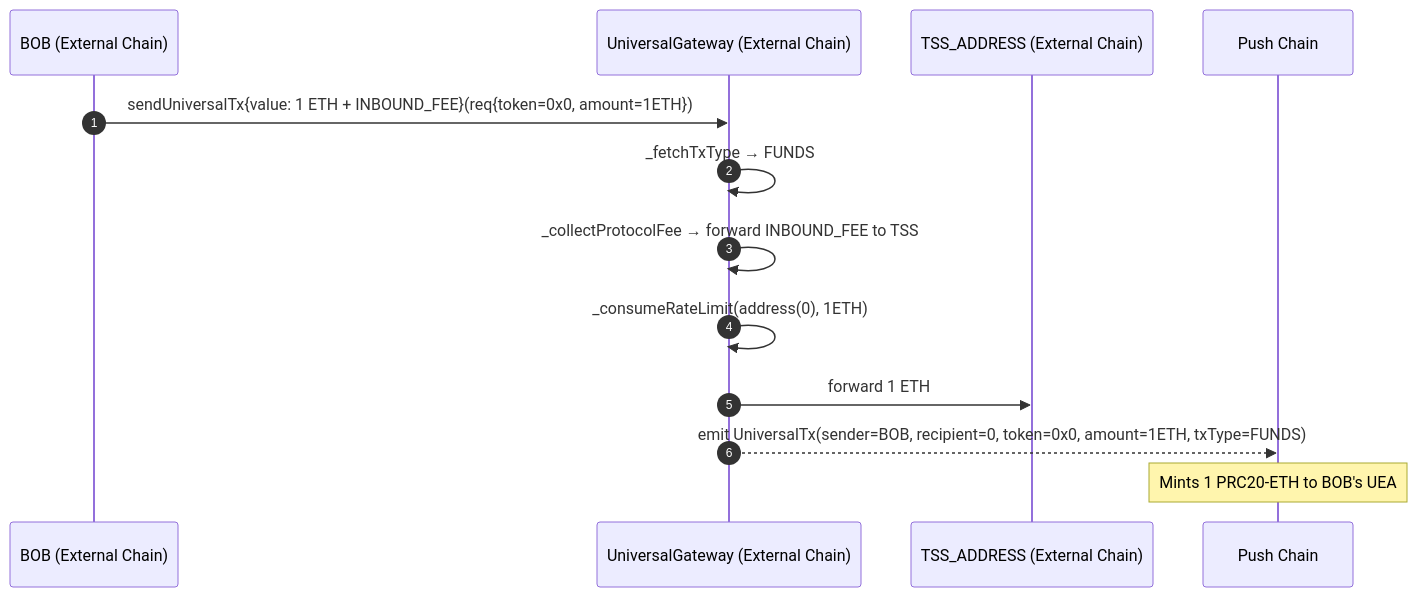
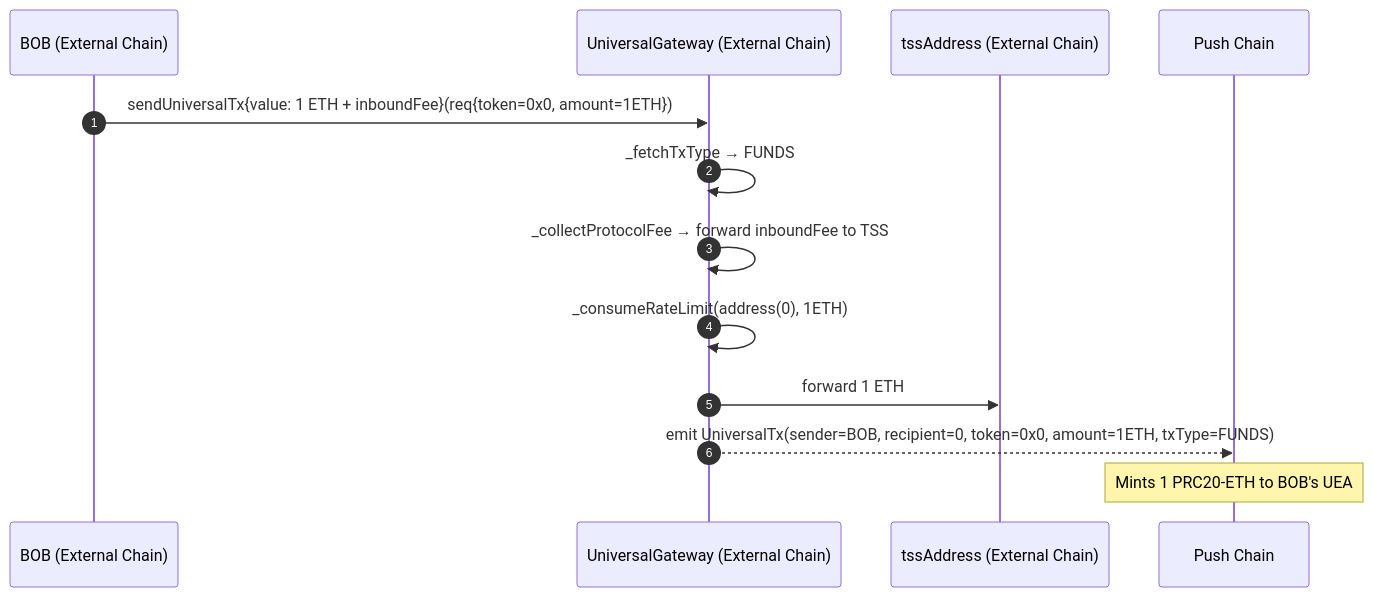
The third of 9 diagrams in contracts/evm-gateway/docs/5_InboundTx_Flows.md (pushchain/push-chain-interop-contracts), drawn with Mermaid before and after one commit. The commit also changed other lines of this file and 31 other files, not shown here.

````diff
--- a/contracts/evm-gateway/docs/5_InboundTx_Flows.md
+++ b/contracts/evm-gateway/docs/5_InboundTx_Flows.md
@@ -284,16 +284,16 @@
 ```mermaid
 sequenceDiagram
     autonumber
     participant BOB as BOB (External Chain)
     participant GW as UniversalGateway (External Chain)
-    participant TSS as TSS_ADDRESS (External Chain)
+    participant TSS as tssAddress (External Chain)
     participant PC as Push Chain
 
-    BOB->>GW: sendUniversalTx{value: 1 ETH + INBOUND_FEE}(req{token=0x0, amount=1ETH})
+    BOB->>GW: sendUniversalTx{value: 1 ETH + inboundFee}(req{token=0x0, amount=1ETH})
     GW->>GW: _fetchTxType → FUNDS
-    GW->>GW: _collectProtocolFee → forward INBOUND_FEE to TSS
+    GW->>GW: _collectProtocolFee → forward inboundFee to TSS
     GW->>GW: _consumeRateLimit(address(0), 1ETH)
     GW->>TSS: forward 1 ETH
     GW-->>PC: emit UniversalTx(sender=BOB, recipient=0, token=0x0, amount=1ETH, txType=FUNDS)
     Note over PC: Mints 1 PRC20-ETH to BOB's UEA
 ```
````
